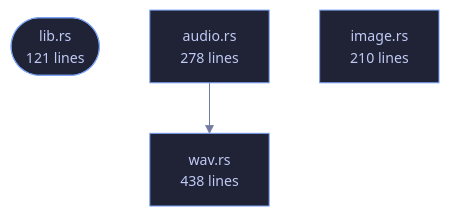
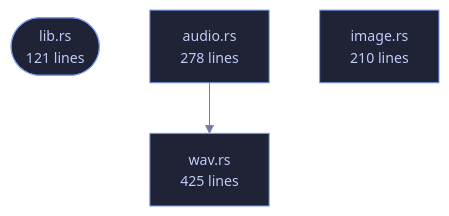
Before and after one commit to tilas01/veilvoice: the diagram in wiki/Crate-veilvoice-meta.md, drawn with Mermaid. The commit also changed other lines of this file and 432 other files, not shown here.

````diff
--- a/wiki/Crate-veilvoice-meta.md
+++ b/wiki/Crate-veilvoice-meta.md
@@ -70,13 +70,13 @@
 ```mermaid
 %%{init: {"theme":"base","themeVariables":{"background":"#1a1b26","primaryColor":"#1f2335","primaryTextColor":"#c0caf5","primaryBorderColor":"#7aa2f7","secondaryColor":"#16161e","tertiaryColor":"#16161e","lineColor":"#737aa2","textColor":"#c0caf5","mainBkg":"#1f2335","nodeBorder":"#7aa2f7","clusterBkg":"#16161e","clusterBorder":"#2f3549","fontFamily":"ui-monospace, SFMono-Regular, Consolas, monospace","fontSize":"14px"}}}%%
 flowchart TD
     n_lib(["lib.rs<br/>121 lines"])
     n_audio["audio.rs<br/>278 lines"]
     n_image["image.rs<br/>210 lines"]
-    n_wav["wav.rs<br/>438 lines"]
+    n_wav["wav.rs<br/>425 lines"]
     n_audio --> n_wav
     click n_lib href "https://github.com/tilas01/veilvoice/blob/main/crates/veilvoice-meta/src/lib.rs" "open the source"
     click n_audio href "https://github.com/tilas01/veilvoice/blob/main/crates/veilvoice-meta/src/audio.rs" "open the source"
     click n_image href "https://github.com/tilas01/veilvoice/blob/main/crates/veilvoice-meta/src/image.rs" "open the source"
     click n_wav href "https://github.com/tilas01/veilvoice/blob/main/crates/veilvoice-meta/src/wav.rs" "open the source"
 ```
````
